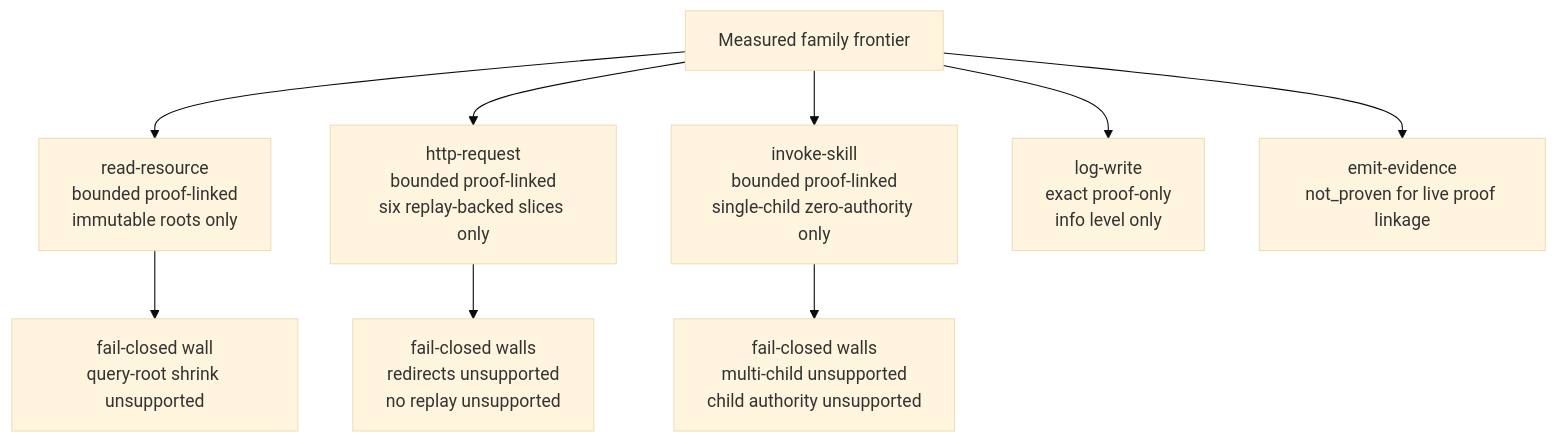
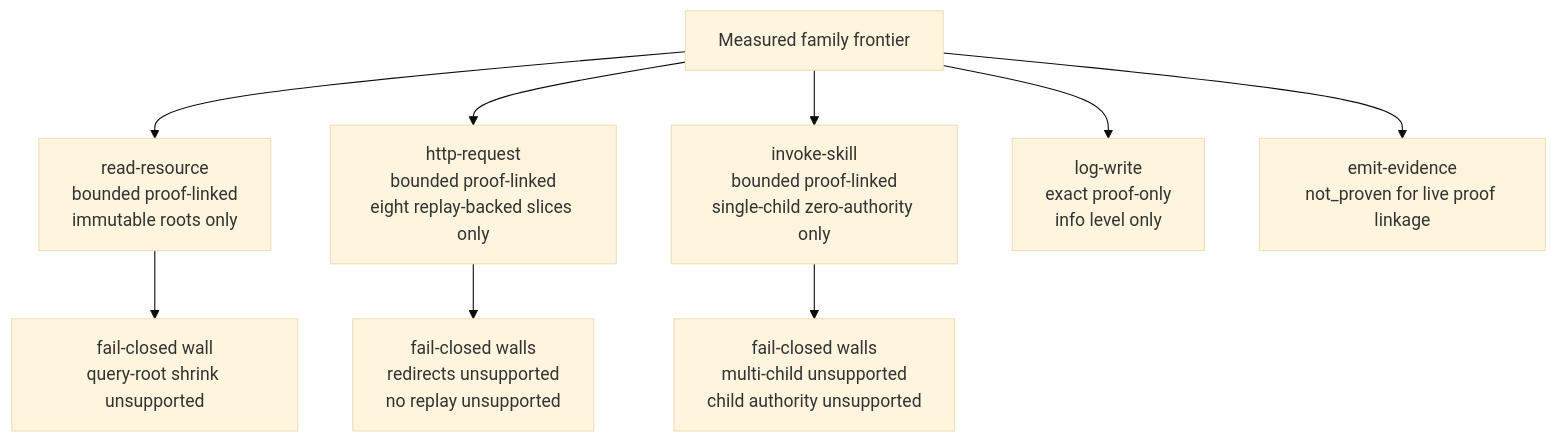
One commit to jkordish/Guild changed the fourth of 5 diagrams in docs/patent/m9-figures.md. Above: the diagram before and after it, drawn with Mermaid (base theme). The commit also changed other lines of this file and 7 other files, not shown here.

Commit message:
sync patent packet with eight-slice http frontier

````diff
--- a/docs/patent/m9-figures.md
+++ b/docs/patent/m9-figures.md
@@ -75,12 +75,12 @@
 ```mermaid
 flowchart TD
     A[Measured family frontier]
     A --> RR[read-resource<br/>bounded proof-linked<br/>immutable roots only]
-    A --> HTTP[http-request<br/>bounded proof-linked<br/>six replay-backed slices only]
+    A --> HTTP[http-request<br/>bounded proof-linked<br/>eight replay-backed slices only]
     A --> INV[invoke-skill<br/>bounded proof-linked<br/>single-child zero-authority only]
     A --> LOG[log-write<br/>exact proof-only<br/>info level only]
     A --> EMIT[emit-evidence<br/>not_proven for live proof linkage]
     HTTP --> HTTPW[fail-closed walls<br/>redirects unsupported<br/>no replay unsupported]
     INV --> INVW[fail-closed walls<br/>multi-child unsupported<br/>child authority unsupported]
     RR --> RRW[fail-closed wall<br/>query-root shrink unsupported]
 ```
````
